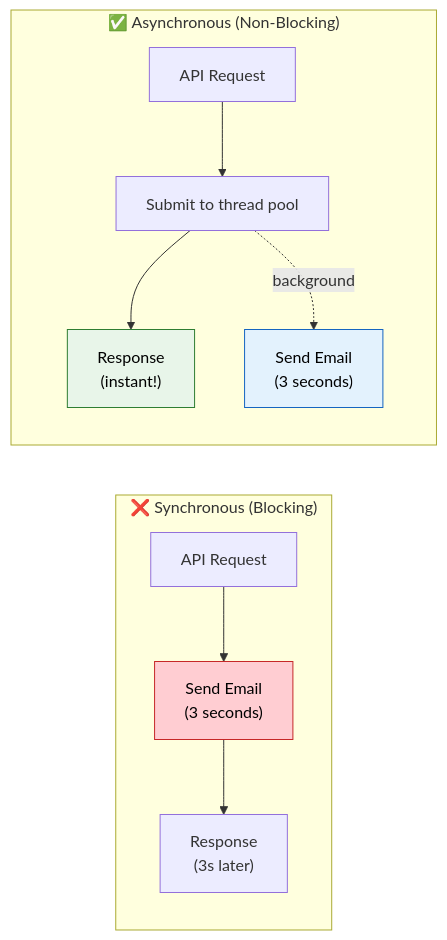
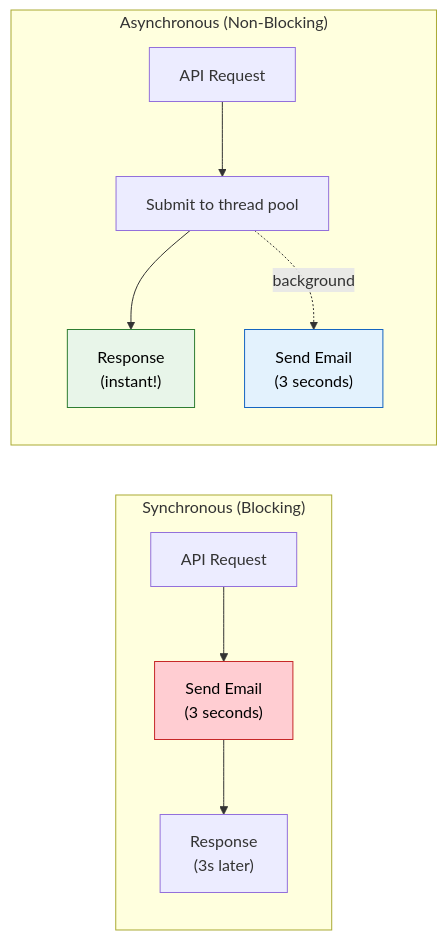
Before and after one commit to saivamsikaruturi/vamsilabs-dev-notes-main: the first of 2 diagrams in docs/springboot/async.md, drawn with Mermaid. The commit also changed other lines of this file and 146 other files, not shown here.

Commit message:
Horizontal diagrams, UML class diagrams, typography overhaul, and permalink cleanup

````diff
--- a/docs/springboot/async.md
+++ b/docs/springboot/async.md
@@ -10,16 +10,16 @@
 ```mermaid
 flowchart LR
-    subgraph Sync["❌ Synchronous (Blocking)"]
+    subgraph Sync["Synchronous (Blocking)"]
         S1["API Request"] --> S2["Send Email<br/>(3 seconds)"] --> S3["Response<br/>(3s later)"]
     end
     
-    subgraph Async["✅ Asynchronous (Non-Blocking)"]
+    subgraph Async["Asynchronous (Non-Blocking)"]
         A1["API Request"] --> A2["Submit to thread pool"]
         A2 --> A3["Response<br/>(instant!)"]
         A2 -.->|background| A4["Send Email<br/>(3 seconds)"]
     end
 
     style S2 fill:#FFCDD2,stroke:#C62828,color:#000
     style A3 fill:#E8F5E9,stroke:#2E7D32,color:#000
     style A4 fill:#E3F2FD,stroke:#1565C0,color:#000
 ```
````
